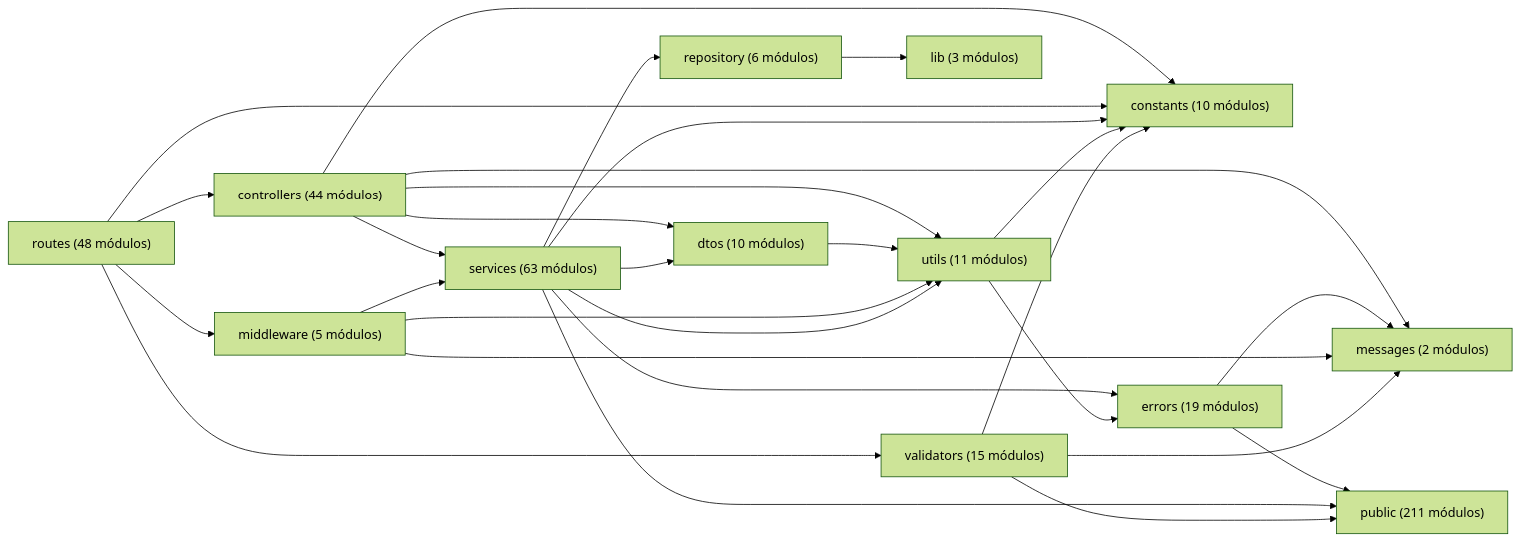
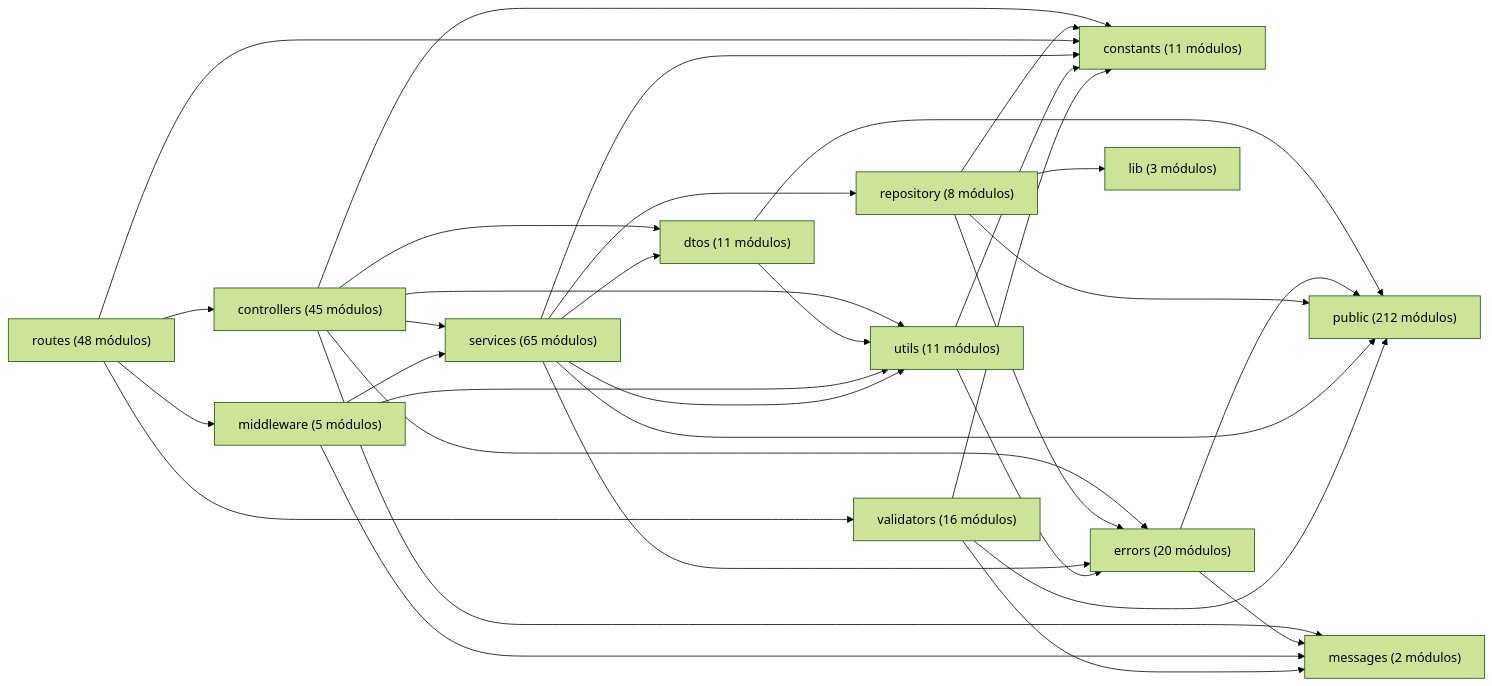
One commit to gpgsistemas01/nexus changed the diagram in docs/architecture/views/development/code-map.md. Above: the diagram before and after it, drawn with Mermaid (forest theme). The commit also changed other lines of this file and 192 other files, not shown here.

````diff
--- a/docs/architecture/views/development/code-map.md
+++ b/docs/architecture/views/development/code-map.md
@@ -14,30 +14,35 @@
 ```mermaid
 flowchart LR
-    controllers["controllers (44 módulos)"] --> constants["constants (10 módulos)"]
-    controllers["controllers (44 módulos)"] --> dtos["dtos (10 módulos)"]
-    controllers["controllers (44 módulos)"] --> messages["messages (2 módulos)"]
-    controllers["controllers (44 módulos)"] --> services["services (63 módulos)"]
-    controllers["controllers (44 módulos)"] --> utils["utils (11 módulos)"]
-    dtos["dtos (10 módulos)"] --> utils["utils (11 módulos)"]
-    errors["errors (19 módulos)"] --> messages["messages (2 módulos)"]
-    errors["errors (19 módulos)"] --> public["public (211 módulos)"]
+    controllers["controllers (45 módulos)"] --> constants["constants (11 módulos)"]
+    controllers["controllers (45 módulos)"] --> dtos["dtos (11 módulos)"]
+    controllers["controllers (45 módulos)"] --> errors["errors (20 módulos)"]
+    controllers["controllers (45 módulos)"] --> messages["messages (2 módulos)"]
+    controllers["controllers (45 módulos)"] --> services["services (65 módulos)"]
+    controllers["controllers (45 módulos)"] --> utils["utils (11 módulos)"]
+    dtos["dtos (11 módulos)"] --> public["public (212 módulos)"]
+    dtos["dtos (11 módulos)"] --> utils["utils (11 módulos)"]
+    errors["errors (20 módulos)"] --> messages["messages (2 módulos)"]
+    errors["errors (20 módulos)"] --> public["public (212 módulos)"]
     middleware["middleware (5 módulos)"] --> messages["messages (2 módulos)"]
-    middleware["middleware (5 módulos)"] --> services["services (63 módulos)"]
+    middleware["middleware (5 módulos)"] --> services["services (65 módulos)"]
     middleware["middleware (5 módulos)"] --> utils["utils (11 módulos)"]
-    repository["repository (6 módulos)"] --> lib["lib (3 módulos)"]
-    routes["routes (48 módulos)"] --> constants["constants (10 módulos)"]
-    routes["routes (48 módulos)"] --> controllers["controllers (44 módulos)"]
+    repository["repository (8 módulos)"] --> constants["constants (11 módulos)"]
+    repository["repository (8 módulos)"] --> errors["errors (20 módulos)"]
+    repository["repository (8 módulos)"] --> lib["lib (3 módulos)"]
+    repository["repository (8 módulos)"] --> public["public (212 módulos)"]
+    routes["routes (48 módulos)"] --> constants["constants (11 módulos)"]
+    routes["routes (48 módulos)"] --> controllers["controllers (45 módulos)"]
     routes["routes (48 módulos)"] --> middleware["middleware (5 módulos)"]
-    routes["routes (48 módulos)"] --> validators["validators (15 módulos)"]
-    services["services (63 módulos)"] --> constants["constants (10 módulos)"]
-    services["services (63 módulos)"] --> dtos["dtos (10 módulos)"]
-    services["services (63 módulos)"] --> errors["errors (19 módulos)"]
-    services["services (63 módulos)"] --> public["public (211 módulos)"]
-    services["services (63 módulos)"] --> repository["repository (6 módulos)"]
-    services["services (63 módulos)"] --> utils["utils (11 módulos)"]
-    utils["utils (11 módulos)"] --> constants["constants (10 módulos)"]
-    utils["utils (11 módulos)"] --> errors["errors (19 módulos)"]
-    validators["validators (15 módulos)"] --> constants["constants (10 módulos)"]
-    validators["validators (15 módulos)"] --> messages["messages (2 módulos)"]
-    validators["validators (15 módulos)"] --> public["public (211 módulos)"]
+    routes["routes (48 módulos)"] --> validators["validators (16 módulos)"]
+    services["services (65 módulos)"] --> constants["constants (11 módulos)"]
+    services["services (65 módulos)"] --> dtos["dtos (11 módulos)"]
+    services["services (65 módulos)"] --> errors["errors (20 módulos)"]
+    services["services (65 módulos)"] --> public["public (212 módulos)"]
+    services["services (65 módulos)"] --> repository["repository (8 módulos)"]
+    services["services (65 módulos)"] --> utils["utils (11 módulos)"]
+    utils["utils (11 módulos)"] --> constants["constants (11 módulos)"]
+    utils["utils (11 módulos)"] --> errors["errors (20 módulos)"]
+    validators["validators (16 módulos)"] --> constants["constants (11 módulos)"]
+    validators["validators (16 módulos)"] --> messages["messages (2 módulos)"]
+    validators["validators (16 módulos)"] --> public["public (212 módulos)"]
 ```
````
